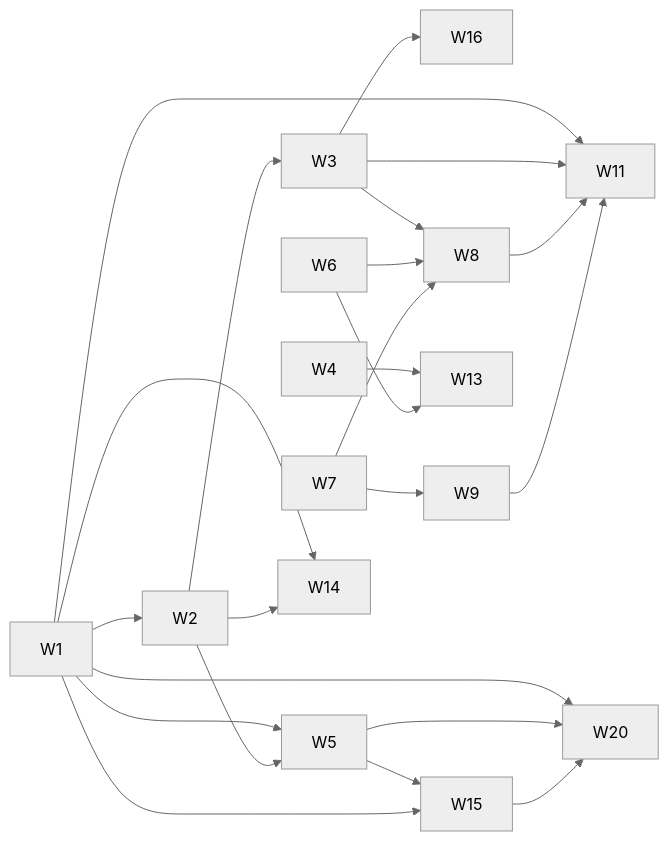
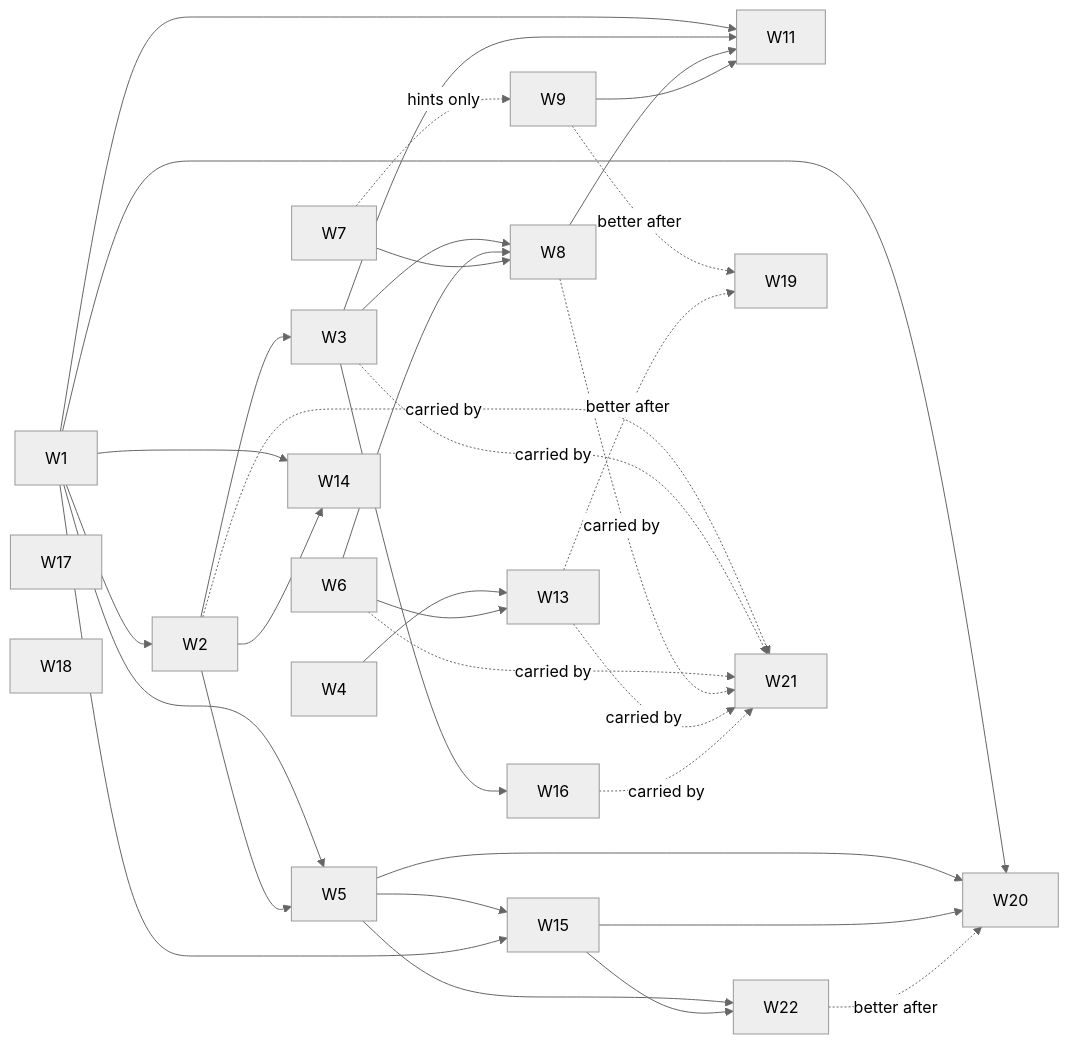
The diagram in docs/waves/README.md (AbhishekR3/designPerspectives), drawn with Mermaid (neutral theme) before and after one commit. The commit also changed other lines of this file and 51 other files, not shown here.

````diff
--- a/docs/waves/README.md
+++ b/docs/waves/README.md
@@ -55,13 +62,19 @@
 ```mermaid
 graph LR
   W1 --> W2 --> W3
   W3 --> W16
   W1 & W2 --> W5
   W3 & W6 & W7 --> W8
-  W7 --> W9
+  W7 -.hints only.-> W9
   W1 & W3 & W8 & W9 --> W11
   W1 & W5 & W15 --> W20
   W4 & W6 --> W13
   W1 & W2 --> W14
   W5 & W1 --> W15
+  W5 & W15 --> W22
+  W22 -.better after.-> W20
+  W9 & W13 -.better after.-> W19
+  W2 & W3 & W6 & W8 & W13 & W16 -.carried by.-> W21
+  W17
+  W18
 ```
````
